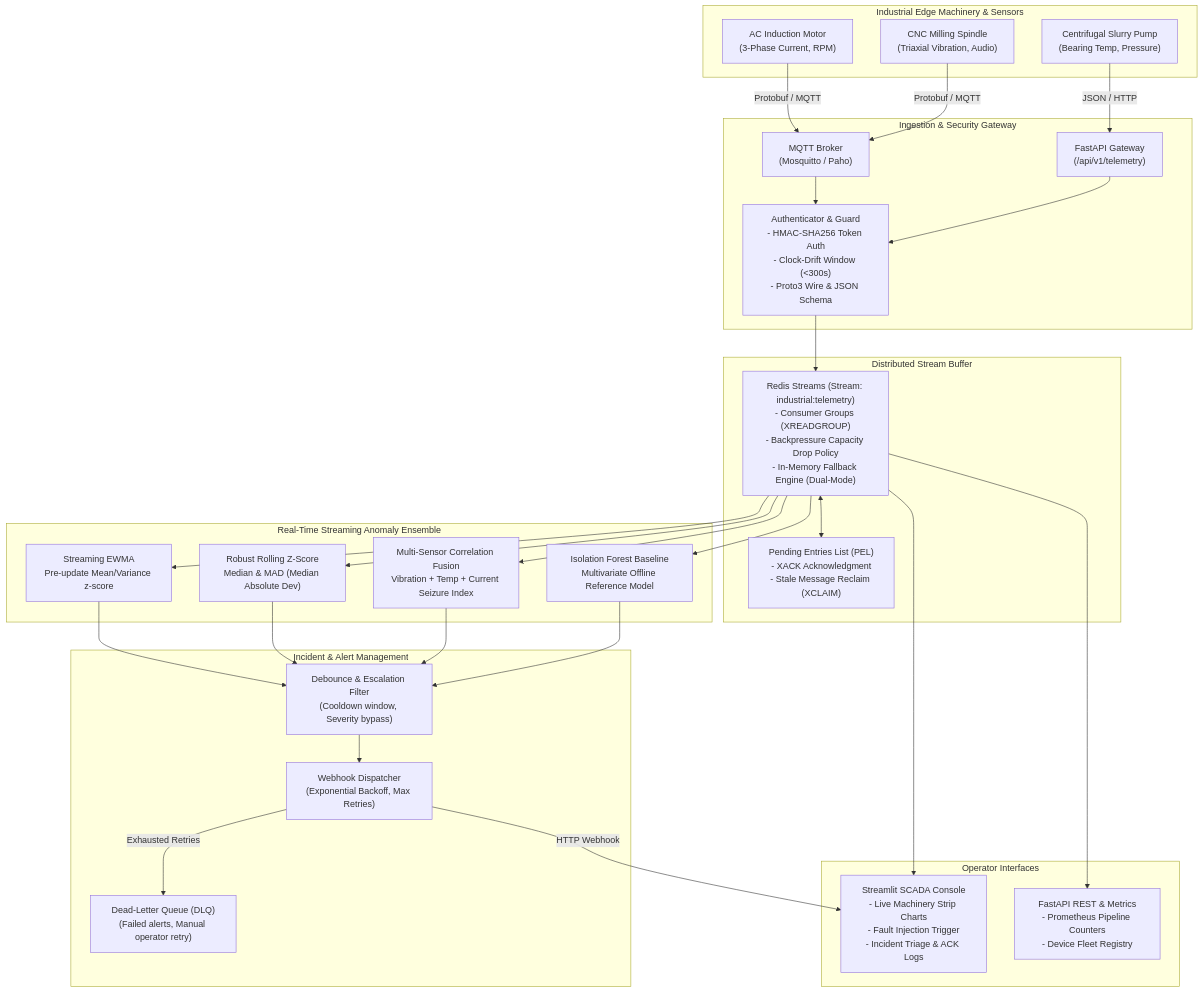
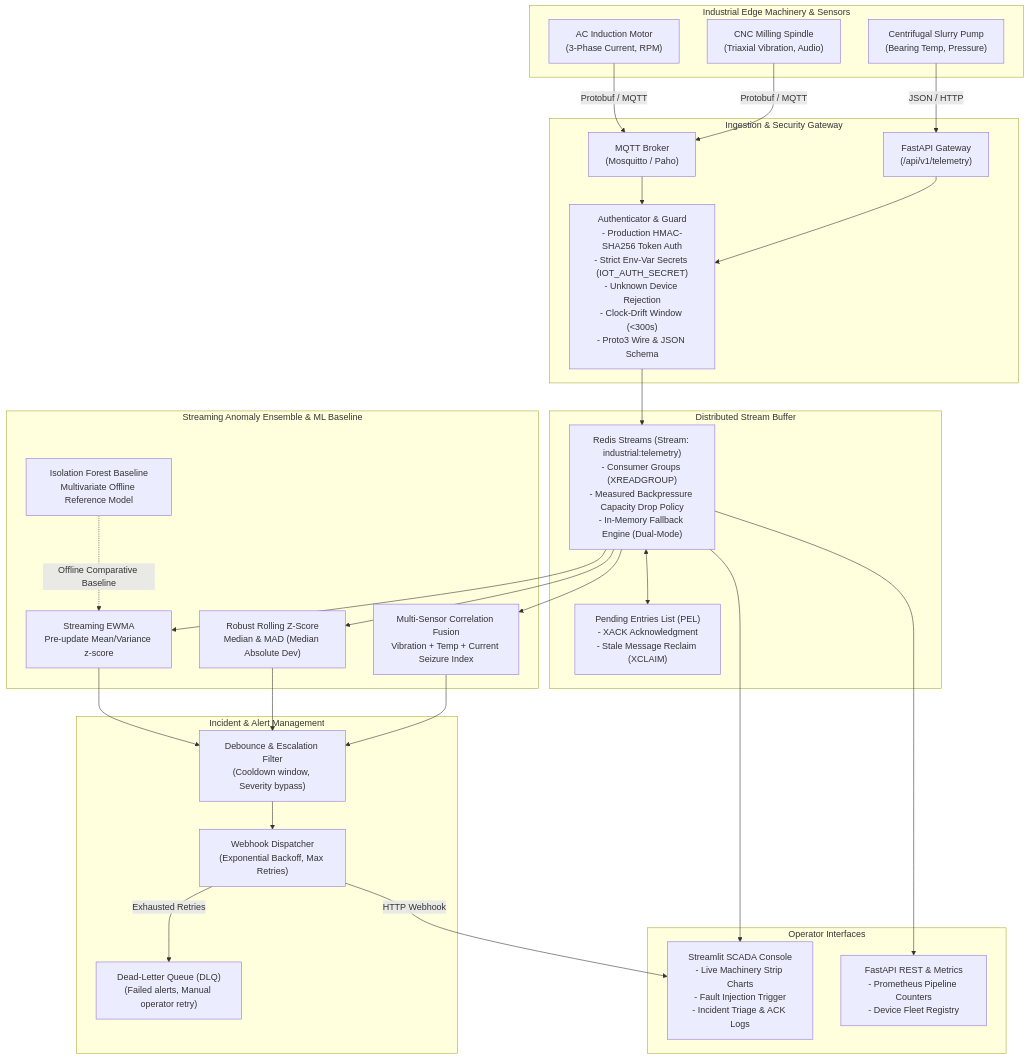
The diagram in README.md (emirhankaya-AFK/industrial-iot-telemetry-platform), drawn with Mermaid before and after one commit. The commit also changed other lines of this file and 8 other files, not shown here.

Commit message:
fix(audit): harden production HMAC auth, add multi-class confusion matrix, and consumer-group backpressure benchmark

````diff
--- a/README.md
+++ b/README.md
@@ -20,52 +20,53 @@
 ```mermaid
 flowchart TD
     subgraph Edge ["Industrial Edge Machinery & Sensors"]
         M1["AC Induction Motor\n(3-Phase Current, RPM)"]
         M2["CNC Milling Spindle\n(Triaxial Vibration, Audio)"]
         M3["Centrifugal Slurry Pump\n(Bearing Temp, Pressure)"]
     end
 
     subgraph Ingestion ["Ingestion & Security Gateway"]
         MQTT["MQTT Broker\n(Mosquitto / Paho)"]
         HTTP["FastAPI Gateway\n(/api/v1/telemetry)"]
-        AUTH["Authenticator & Guard\n- HMAC-SHA256 Token Auth\n- Clock-Drift Window (<300s)\n- Proto3 Wire & JSON Schema"]
+        AUTH["Authenticator & Guard\n- Production HMAC-SHA256 Token Auth\n- Strict Env-Var Secrets (IOT_AUTH_SECRET)\n- Unknown Device Rejection\n- Clock-Drift Window (<300s)\n- Proto3 Wire & JSON Schema"]
     end
 
     subgraph Streaming ["Distributed Stream Buffer"]
-        RS["Redis Streams (Stream: industrial:telemetry)\n- Consumer Groups (XREADGROUP)\n- Backpressure Capacity Drop Policy\n- In-Memory Fallback Engine (Dual-Mode)"]
+        RS["Redis Streams (Stream: industrial:telemetry)\n- Consumer Groups (XREADGROUP)\n- Measured Backpressure Capacity Drop Policy\n- In-Memory Fallback Engine (Dual-Mode)"]
         PEL["Pending Entries List (PEL)\n- XACK Acknowledgment\n- Stale Message Reclaim (XCLAIM)"]
     end
 
-    subgraph Detectors ["Real-Time Streaming Anomaly Ensemble"]
+    subgraph Detectors ["Streaming Anomaly Ensemble & ML Baseline"]
         EWMA["Streaming EWMA\nPre-update Mean/Variance z-score"]
         MAD["Robust Rolling Z-Score\nMedian & MAD (Median Absolute Dev)"]
         CORR["Multi-Sensor Correlation Fusion\nVibration + Temp + Current Seizure Index"]
         IF["Isolation Forest Baseline\nMultivariate Offline Reference Model"]
     end
 
     subgraph IncidentManagement ["Incident & Alert Management"]
         DEDUP["Debounce & Escalation Filter\n(Cooldown window, Severity bypass)"]
         DISPATCH["Webhook Dispatcher\n(Exponential Backoff, Max Retries)"]
         DLQ["Dead-Letter Queue (DLQ)\n(Failed alerts, Manual operator retry)"]
     end
 
     subgraph Presentation ["Operator Interfaces"]
         DASH["Streamlit SCADA Console\n- Live Machinery Strip Charts\n- Fault Injection Trigger\n- Incident Triage & ACK Logs"]
         API["FastAPI REST & Metrics\n- Prometheus Pipeline Counters\n- Device Fleet Registry"]
     end
 
     M1 -->|Protobuf / MQTT| MQTT
     M2 -->|Protobuf / MQTT| MQTT
     M3 -->|JSON / HTTP| HTTP
     MQTT --> AUTH
     HTTP --> AUTH
     AUTH --> RS
     RS <--> PEL
-    RS --> EWMA & MAD & CORR & IF
-    EWMA & MAD & CORR & IF --> DEDUP
+    RS --> EWMA & MAD & CORR
+    EWMA & MAD & CORR --> DEDUP
+    IF -.->|Offline Comparative Baseline| EWMA
     DEDUP --> DISPATCH
     DISPATCH -->|Exhausted Retries| DLQ
     DISPATCH -->|HTTP Webhook| DASH
     RS --> DASH
     RS --> API
 ```
````
